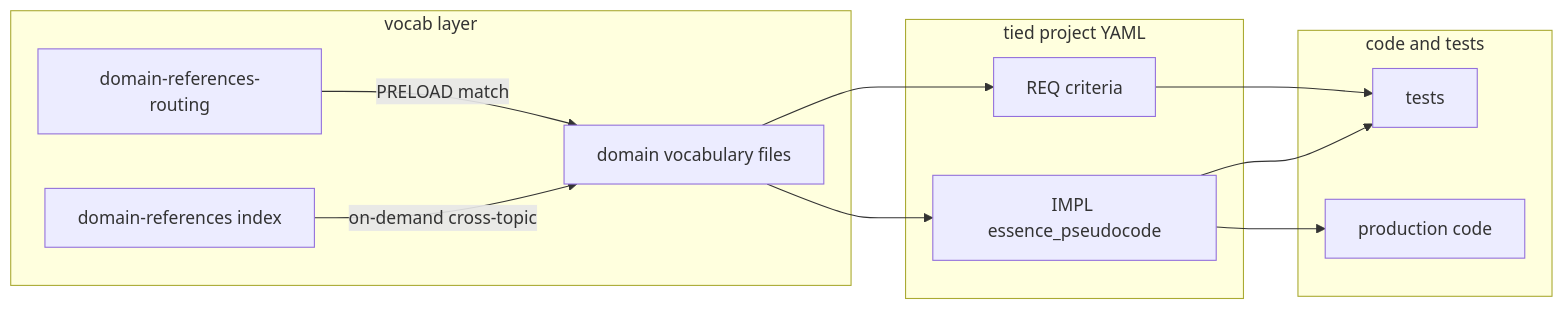
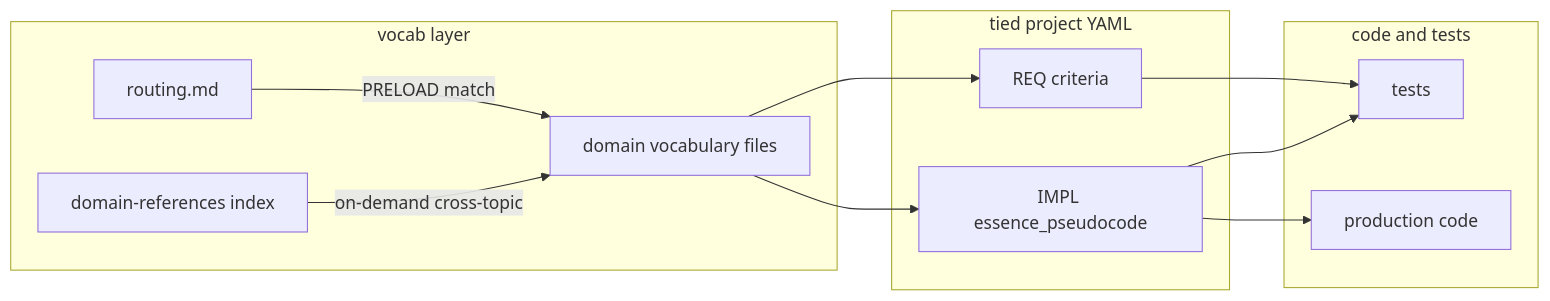
The diagram in docs/tied-domain-vocabulary-research-prompt.md (fareedst/tied), drawn with Mermaid before and after one commit. The commit also changed other lines of this file and 21 other files, not shown here.

````diff
--- a/docs/tied-domain-vocabulary-research-prompt.md
+++ b/docs/tied-domain-vocabulary-research-prompt.md
@@ -217,23 +217,23 @@
 ```mermaid
 flowchart LR
   subgraph docsLayer [vocab layer]
-    Routing[domain-references-routing]
+    Routing["routing.md"]
     Index[domain-references index]
     Vocab1[domain vocabulary files]
   end
   subgraph tiedLayer [tied project YAML]
     REQ[REQ criteria]
     IMPL[IMPL essence_pseudocode]
   end
   subgraph implLayer [code and tests]
     Tests[tests]
     Code[production code]
   end
   Routing -->|"PRELOAD match"| Vocab1
   Index -->|"on-demand cross-topic"| Vocab1
   Vocab1 --> REQ
   Vocab1 --> IMPL
   IMPL --> Tests
   IMPL --> Code
   REQ --> Tests
 ```
````
